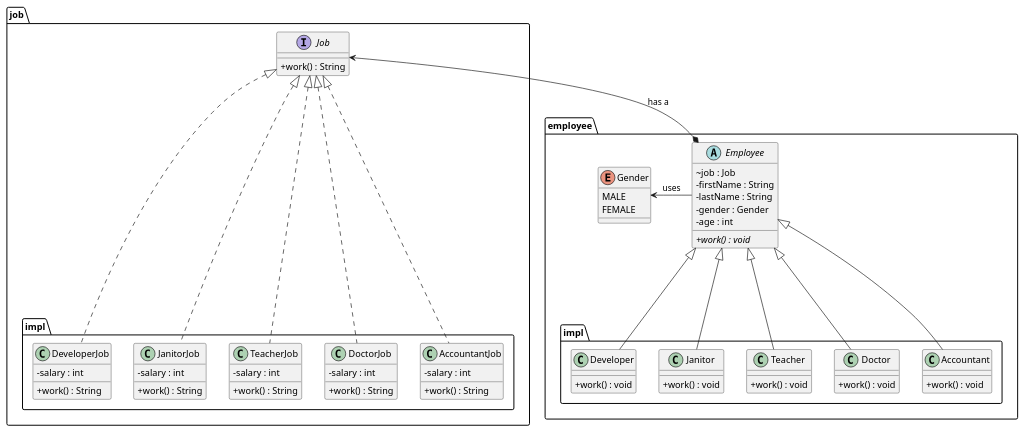
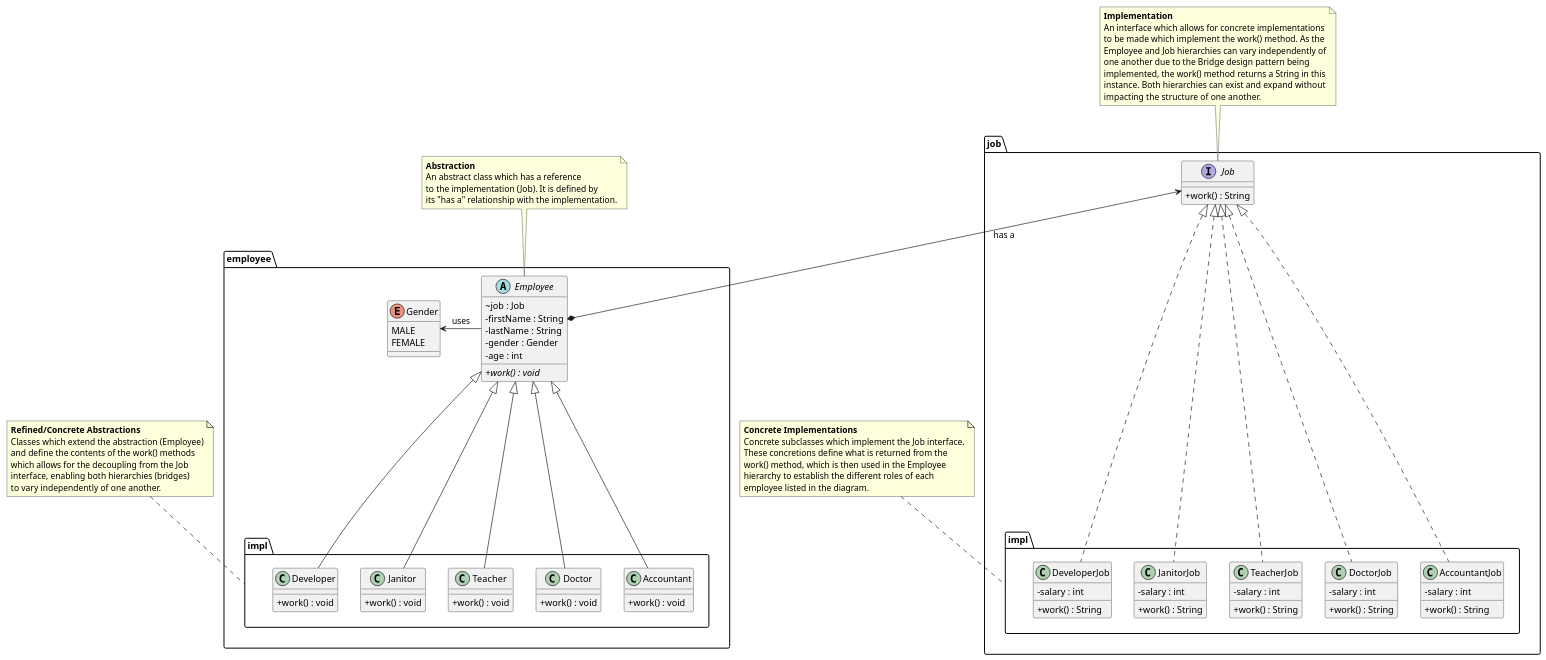
One commit to KieranOConnell/bridge changed the diagram in Design.puml. Above: the diagram before and after it, drawn with PlantUML.

Commit message:
Added notes to UML diagram to explain Bridge pattern & class hierarchy

```diff
--- a/Design.puml
+++ b/Design.puml
@@ -1,81 +1,117 @@
 @startuml
 skinparam classAttributeIconSize 0
 
 abstract class employee.Employee {
 ~job : Job
 -firstName : String
 -lastName : String
 -gender : Gender
 -age : int
 {abstract} +work() : void
 }
 
 interface job.Job {
 +work() : String
 }
 
 class employee.impl.Developer {
 +work() : void
 }
 
 class job.impl.DeveloperJob {
 -salary : int
 +work() : String
 }
 
 class employee.impl.Janitor {
 +work() : void
 }
 
 class job.impl.JanitorJob {
 -salary : int
 +work() : String
 }
 
 class employee.impl.Teacher {
 +work() : void
 }
 
 class job.impl.TeacherJob {
 -salary : int
 +work() : String
 }
 
 class employee.impl.Doctor {
 +work() : void
 }
 
 class job.impl.DoctorJob {
 -salary : int
 +work() : String
 }
 
 class employee.impl.Accountant {
 +work() : void
 }
 
 class job.impl.AccountantJob {
 -salary : int
 +work() : String
 }
 
 enum employee.Gender {
 MALE
 FEMALE
 }
 
 job.Job <--* employee.Employee : has a
 employee.Gender <- employee.Employee : uses
 
 employee.Employee <|--- employee.impl.Developer
 employee.Employee <|--- employee.impl.Janitor
 employee.Employee <|--- employee.impl.Teacher
 employee.Employee <|--- employee.impl.Doctor
 employee.Employee <|--- employee.impl.Accountant
 
 job.Job <|.... job.impl.DeveloperJob
 job.Job <|.... job.impl.JanitorJob
 job.Job <|.... job.impl.TeacherJob
 job.Job <|.... job.impl.DoctorJob
 job.Job <|.... job.impl.AccountantJob
+
+note top of employee.Employee
+**Abstraction**
+An abstract class which has a reference
+to the implementation (Job). It is defined by
+its "has a" relationship with the implementation.
+end note
+
+note top of job.Job
+**Implementation**
+An interface which allows for concrete implementations
+to be made which implement the work() method. As the
+Employee and Job hierarchies can vary independently of
+one another due to the Bridge design pattern being
+implemented, the work() method returns a String in this
+instance. Both hierarchies can exist and expand without
+impacting the structure of one another.
+end note
+
+note top of employee.impl
+**Refined/Concrete Abstractions**
+Classes which extend the abstraction (Employee)
+and define the contents of the work() methods
+which allows for the decoupling from the Job
+interface, enabling both hierarchies (bridges)
+to vary independently of one another.
+end note
+
+note top of job.impl
+**Concrete Implementations**
+Concrete subclasses which implement the Job interface.
+These concretions define what is returned from the
+work() method, which is then used in the Employee
+hierarchy to establish the different roles of each
+employee listed in the diagram.
+end note
 @enduml
```
